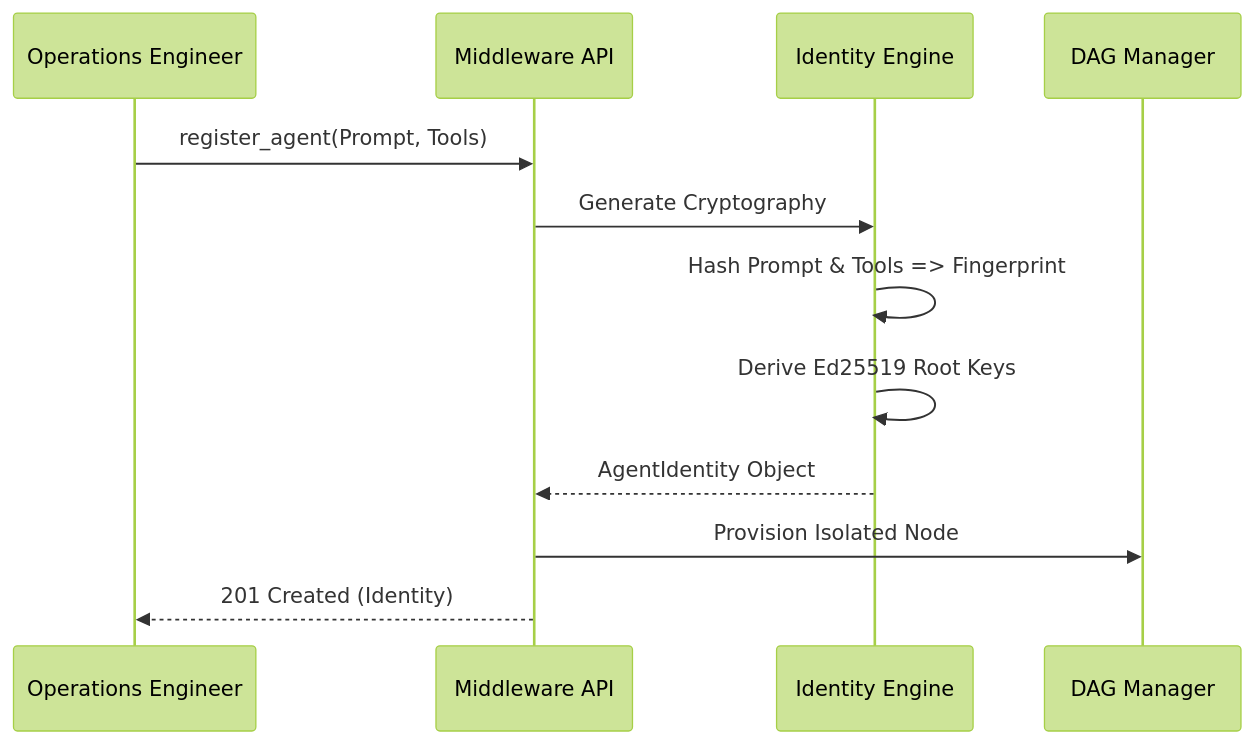
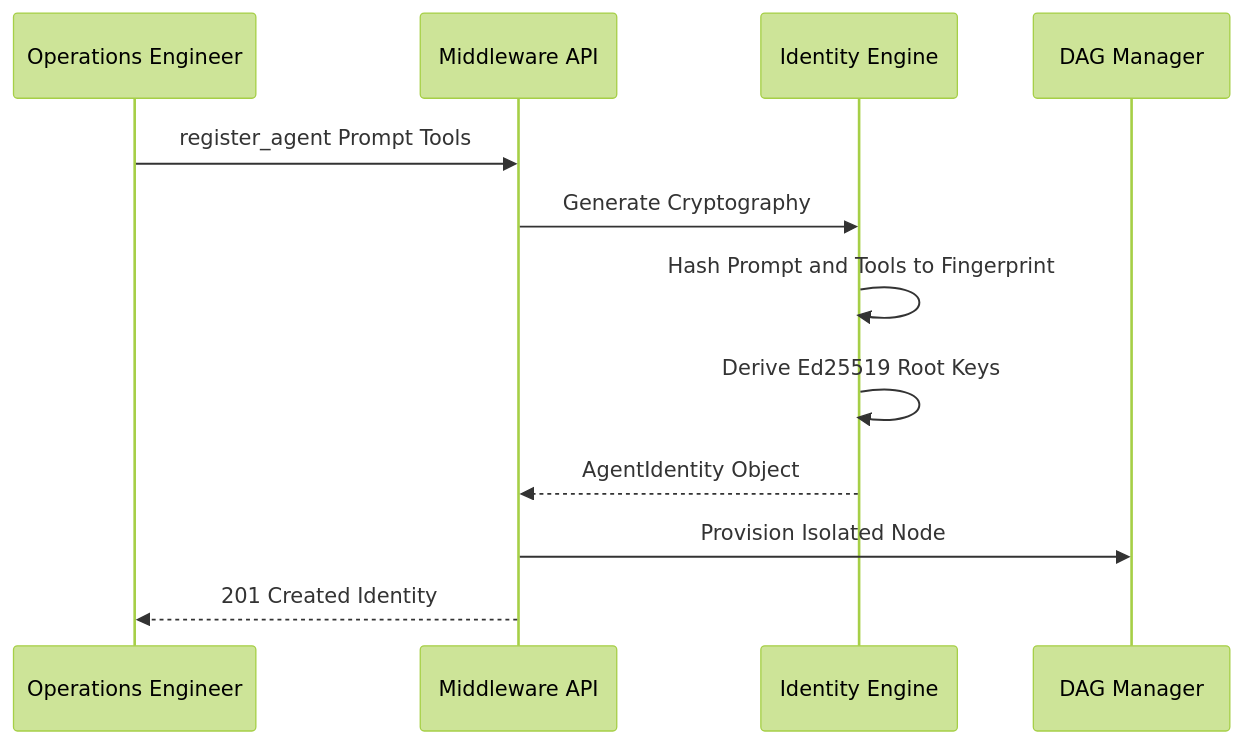
Diagram 14 of 30 in README.md (MrDecryptDecipher/Agent-Trust), drawn with Mermaid (forest theme) before and after one commit. The commit also changed other lines of this file, not shown here.

````diff
--- a/README.md
+++ b/README.md
@@ -297,15 +297,15 @@
 ```mermaid
 sequenceDiagram
     participant O as Operations Engineer
     participant MW as Middleware API
     participant Engine as Identity Engine
     participant G as DAG Manager
     
-    O->>MW: register_agent(Prompt, Tools)
+    O->>MW: register_agent Prompt Tools
     MW->>Engine: Generate Cryptography
-    Engine->>Engine: Hash Prompt & Tools => Fingerprint
+    Engine->>Engine: Hash Prompt and Tools to Fingerprint
     Engine->>Engine: Derive Ed25519 Root Keys
     Engine-->>MW: AgentIdentity Object
     MW->>G: Provision Isolated Node
-    MW-->>O: 201 Created (Identity)
+    MW-->>O: 201 Created Identity
 ```
````
